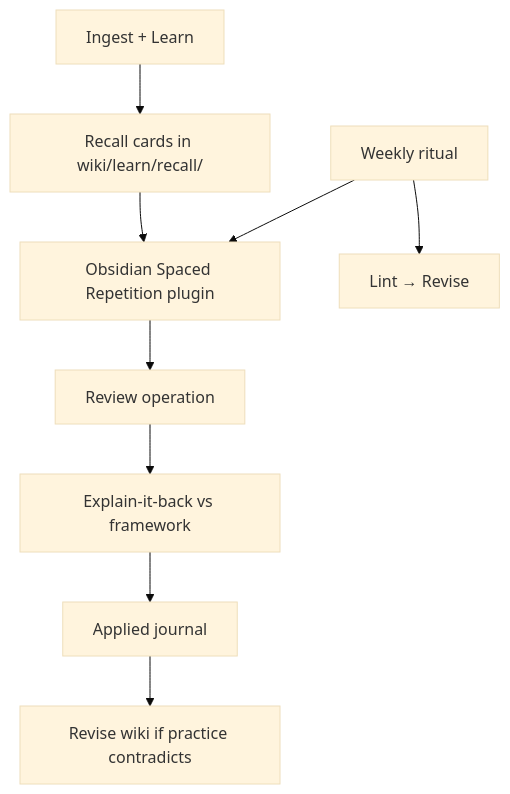
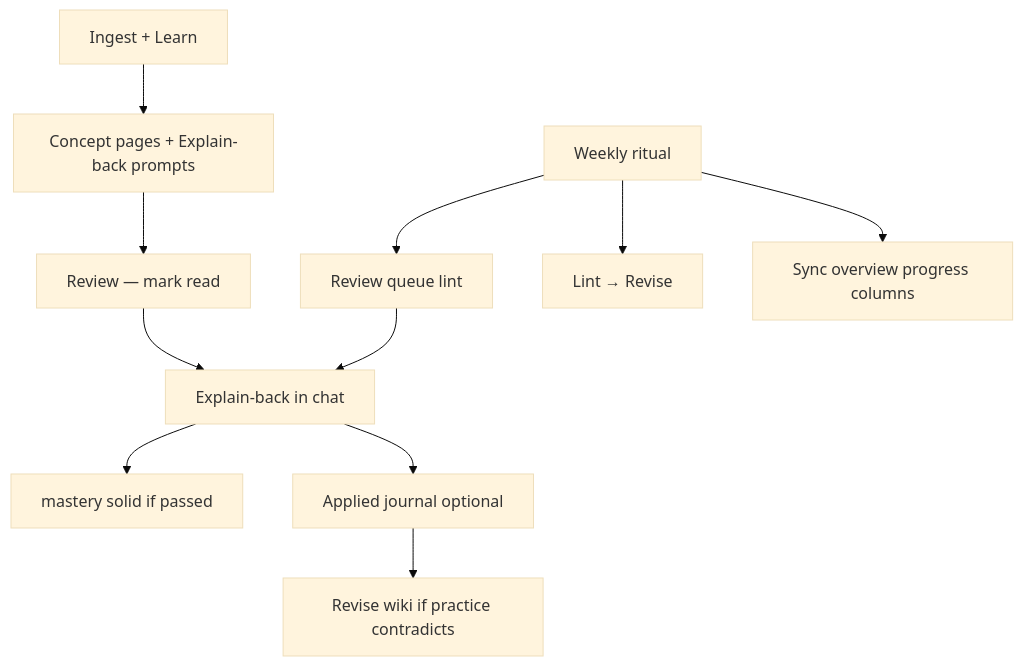
Before and after one commit to dylanchen1925/zhuomo: the third of 3 diagrams in FRAMEWORK.md, drawn with Mermaid (base theme). The commit also changed other lines of this file and 2 other files, not shown here.

First line of the commit message:
Align FRAMEWORK with Explain-back model and add overview sync script.

````diff
--- a/FRAMEWORK.md
+++ b/FRAMEWORK.md
@@ -259,11 +259,13 @@
 ```mermaid
 flowchart TD
-  IN[Ingest + Learn] --> RC[Recall cards in wiki/learn/recall/]
-  RC --> SR[Obsidian Spaced Repetition plugin]
-  SR --> RV[Review operation]
-  RV --> EB[Explain-it-back vs framework]
-  EB --> AP[Applied journal]
+  IN[Ingest + Learn] --> CP[Concept pages + Explain-back prompts]
+  CP --> RD[Review — mark read]
+  RD --> EB[Explain-back in chat]
+  EB --> MS[mastery solid if passed]
+  EB --> AP[Applied journal optional]
   AP --> RZ[Revise wiki if practice contradicts]
-  WK[Weekly ritual] --> SR
+  WK[Weekly ritual] --> RQ[Review queue lint]
+  RQ --> EB
   WK --> LT[Lint → Revise]
+  WK --> FW[Sync overview progress columns]
 ```
````
